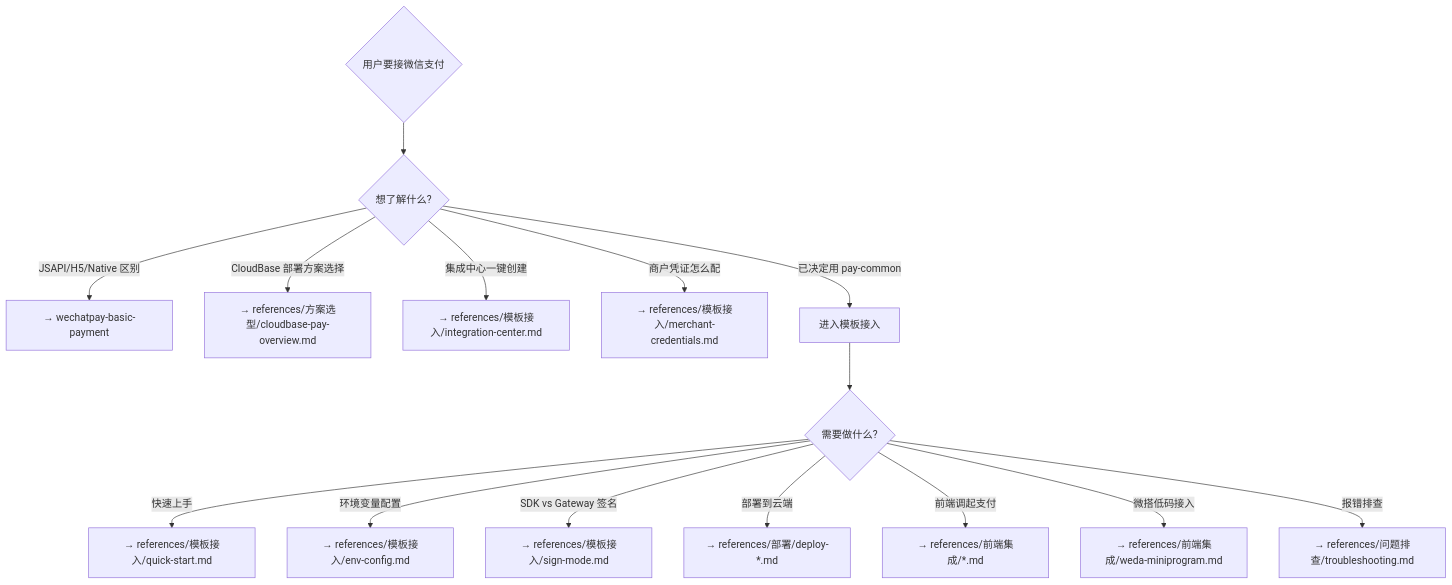
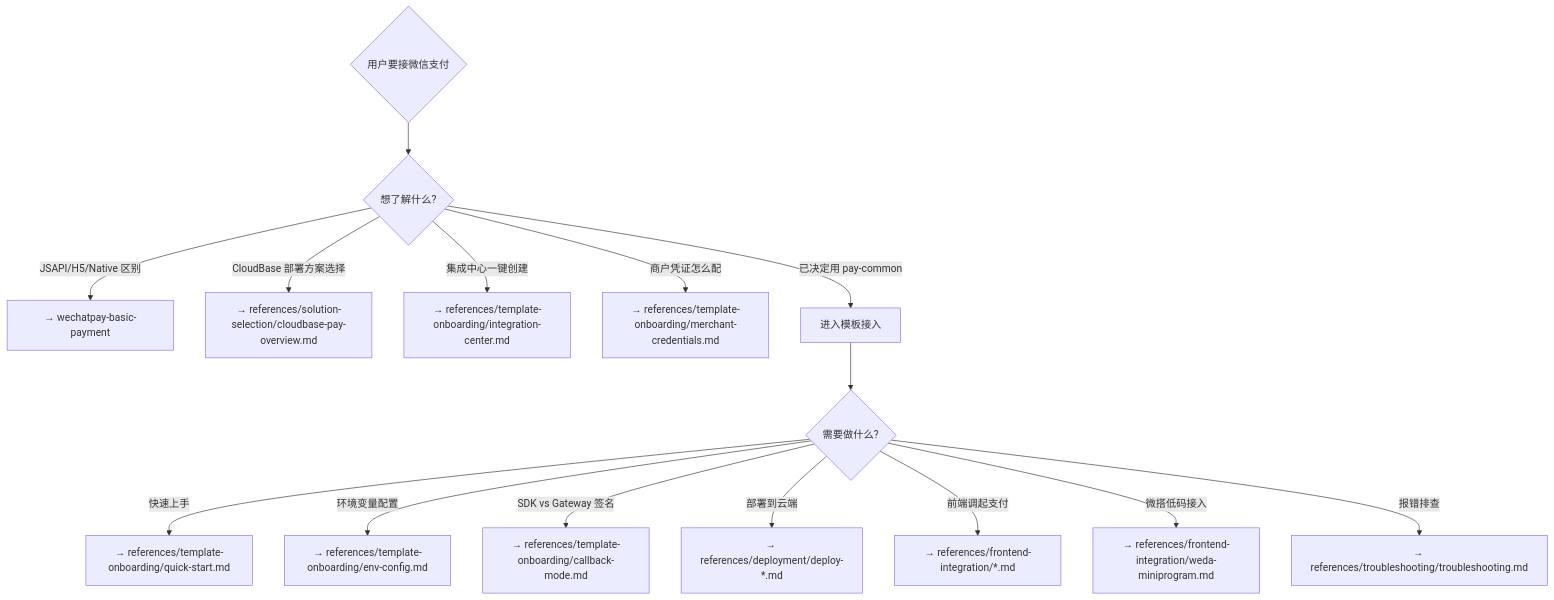
Before and after one commit to TencentCloudBase/awesome-cloudbase-examples: the diagram in integration/cloudbase-wx-pay/skill/cloudbase-wechatpay/SKILL.md, drawn with Mermaid. The commit also changed other lines of this file and 129 other files, not shown here.

````diff
--- a/integration/cloudbase-wx-pay/skill/cloudbase-wechatpay/SKILL.md
+++ b/integration/cloudbase-wx-pay/skill/cloudbase-wechatpay/SKILL.md
@@ -79,17 +79,17 @@
 ```mermaid
 graph TD
     A{用户要接微信支付} --> B{想了解什么?}
     B -->|JSAPI/H5/Native 区别| C[→ wechatpay-basic-payment]
-    B -->|CloudBase 部署方案选择| D[→ references/方案选型/cloudbase-pay-overview.md]
-    B -->|集成中心一键创建| IC[→ references/模板接入/integration-center.md]
-    B -->|商户凭证怎么配| M[→ references/模板接入/merchant-credentials.md]
+    B -->|CloudBase 部署方案选择| D[→ references/solution-selection/cloudbase-pay-overview.md]
+    B -->|集成中心一键创建| IC[→ references/template-onboarding/integration-center.md]
+    B -->|商户凭证怎么配| M[→ references/template-onboarding/merchant-credentials.md]
     B -->|已决定用 pay-common| E[进入模板接入]
     E --> F{需要做什么?}
-    F -->|快速上手| G[→ references/模板接入/quick-start.md]
-    F -->|环境变量配置| H[→ references/模板接入/env-config.md]
-    F -->|SDK vs Gateway 签名| I[→ references/模板接入/sign-mode.md]
-    F -->|部署到云端| J[→ references/部署/deploy-*.md]
-    F -->|前端调起支付| K[→ references/前端集成/*.md]
-    F -->|微搭低码接入| W[→ references/前端集成/weda-miniprogram.md]
-    F -->|报错排查| L[→ references/问题排查/troubleshooting.md]
+    F -->|快速上手| G[→ references/template-onboarding/quick-start.md]
+    F -->|环境变量配置| H[→ references/template-onboarding/env-config.md]
+    F -->|SDK vs Gateway 签名| I[→ references/template-onboarding/callback-mode.md]
+    F -->|部署到云端| J[→ references/deployment/deploy-*.md]
+    F -->|前端调起支付| K[→ references/frontend-integration/*.md]
+    F -->|微搭低码接入| W[→ references/frontend-integration/weda-miniprogram.md]
+    F -->|报错排查| L[→ references/troubleshooting/troubleshooting.md]
 ```
````
